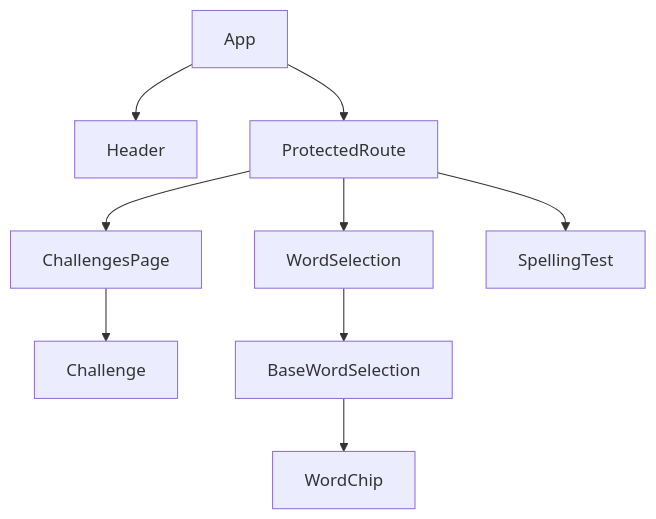
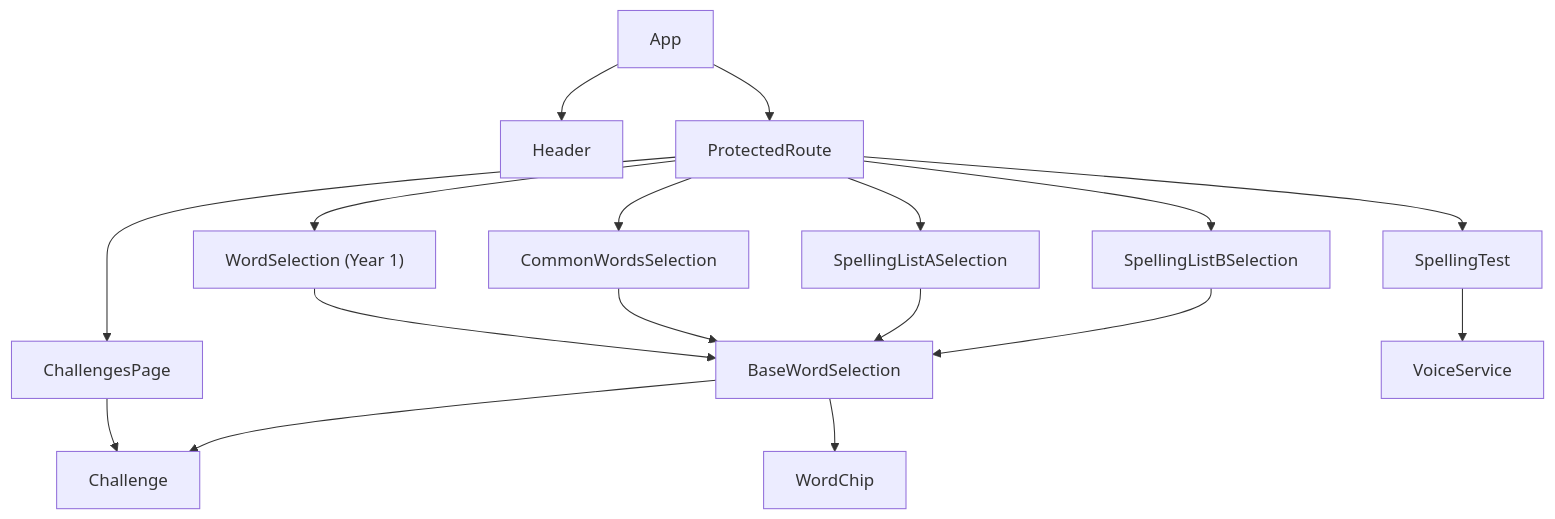
The first of 2 diagrams in .sop/summary/components.md (getOffIt/spellingWebsite), drawn with Mermaid before and after one commit. The commit also changed other lines of this file and 21 other files, not shown here.

First line of the commit message:
Enhance voice integration and word selection architecture

````diff
--- a/.sop/summary/components.md
+++ b/.sop/summary/components.md
@@ -172,11 +255,19 @@
 ```mermaid
 graph TD
     App --> Header
     App --> ProtectedRoute
     ProtectedRoute --> ChallengesPage
     ChallengesPage --> Challenge
-    ProtectedRoute --> WordSelection
+    ProtectedRoute --> WordSelection["WordSelection (Year 1)"]
+    ProtectedRoute --> CommonWordsSelection
+    ProtectedRoute --> SpellingListASelection
+    ProtectedRoute --> SpellingListBSelection
     WordSelection --> BaseWordSelection
+    CommonWordsSelection --> BaseWordSelection
+    SpellingListASelection --> BaseWordSelection
+    SpellingListBSelection --> BaseWordSelection
     BaseWordSelection --> WordChip
+    BaseWordSelection --> Challenge
     ProtectedRoute --> SpellingTest
+    SpellingTest --> VoiceService
 ```
````
